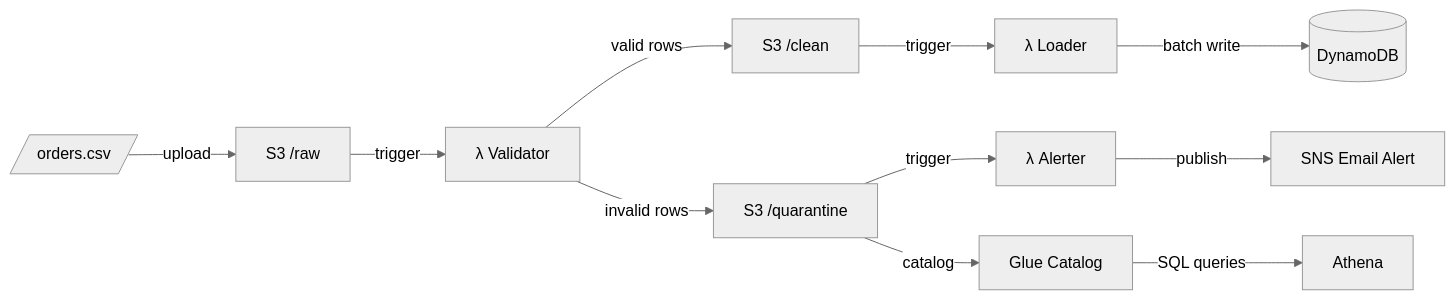
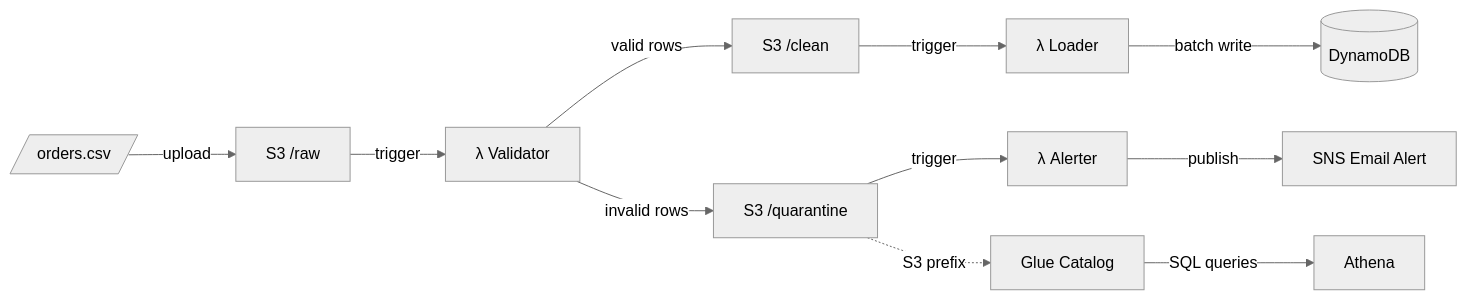
The diagram in README.md (PantelisTsagkas/golden-fork-pipeline), drawn with Mermaid (neutral theme) before and after one commit. The commit also changed other lines of this file and 3 other files, not shown here.

````diff
--- a/README.md
+++ b/README.md
@@ -7,13 +7,13 @@
 ```mermaid
 flowchart LR
     CSV[/"orders.csv"/] -->|upload| S3_RAW["S3 /raw"]
     S3_RAW -->|trigger| L1[λ Validator]
     L1 -->|valid rows| S3_CLEAN["S3 /clean"]
     L1 -->|invalid rows| S3_QUARANTINE["S3 /quarantine"]
     S3_CLEAN -->|trigger| L2[λ Loader]
     S3_QUARANTINE -->|trigger| L3[λ Alerter]
-    S3_QUARANTINE -->|catalog| GLUE[Glue Catalog]
+    S3_QUARANTINE -.->|S3 prefix| GLUE[Glue Catalog]
     L2 -->|batch write| DDB[(DynamoDB)]
     L3 -->|publish| SNS[SNS Email Alert]
     GLUE -->|SQL queries| ATHENA[Athena]
 ```
````
